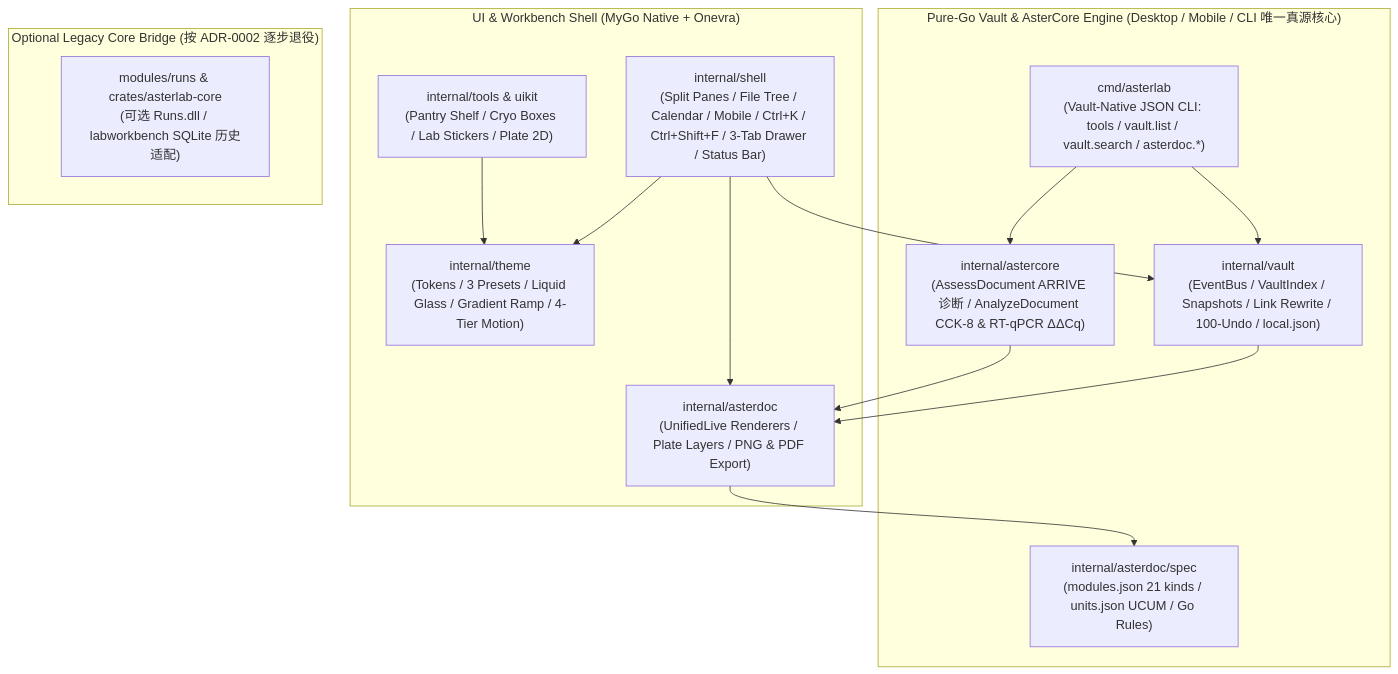
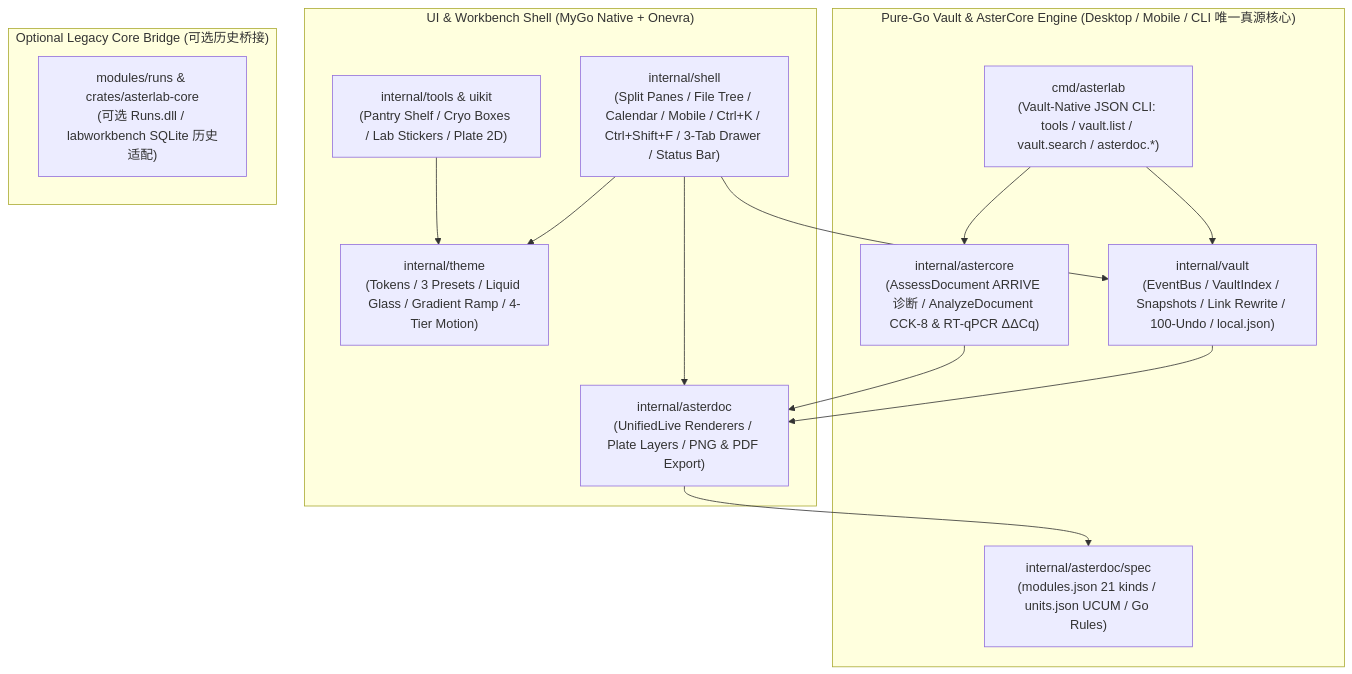
One commit to LLLin000/AsterLab changed the diagram in docs/handbook/architecture.md. Above: the diagram before and after it, drawn with Mermaid. The commit also changed other lines of this file and 8 other files, not shown here.

Commit message:
docs: fold ADR-0002 architecture naturally into Handbook sections

````diff
--- a/docs/handbook/architecture.md
+++ b/docs/handbook/architecture.md
@@ -5,30 +11,30 @@
 ```mermaid
 flowchart TB
   subgraph UI["UI & Workbench Shell (MyGo Native + Onevra)"]
     Shell["internal/shell<br/>(Split Panes / File Tree / Calendar / Mobile / Ctrl+K / Ctrl+Shift+F / 3-Tab Drawer / Status Bar)"]
     Theme["internal/theme<br/>(Tokens / 3 Presets / Liquid Glass / Gradient Ramp / 4-Tier Motion)"]
     DocUI["internal/asterdoc<br/>(UnifiedLive Renderers / Plate Layers / PNG & PDF Export)"]
     Tools["internal/tools & uikit<br/>(Pantry Shelf / Cryo Boxes / Lab Stickers / Plate 2D)"]
   end
 
   subgraph Engine["Pure-Go Vault & AsterCore Engine (Desktop / Mobile / CLI 唯一真源核心)"]
     Vault["internal/vault<br/>(EventBus / VaultIndex / Snapshots / Link Rewrite / 100-Undo / local.json)"]
     Core["internal/astercore<br/>(AssessDocument ARRIVE 诊断 / AnalyzeDocument CCK-8 & RT-qPCR ΔΔCq)"]
     CLI["cmd/asterlab<br/>(Vault-Native JSON CLI: tools / vault.list / vault.search / asterdoc.*)"]
     Spec["internal/asterdoc/spec<br/>(modules.json 21 kinds / units.json UCUM / Go Rules)"]
   end
 
-  subgraph Legacy["Optional Legacy Core Bridge (按 ADR-0002 逐步退役)"]
+  subgraph Legacy["Optional Legacy Core Bridge (可选历史桥接)"]
     Bridge["modules/runs & crates/asterlab-core<br/>(可选 Runs.dll / labworkbench SQLite 历史适配)"]
   end
 
   Shell --> Theme
   Shell --> Vault
   DocUI --> Spec
   Shell --> DocUI
   Tools --> Theme
   Vault --> DocUI
   Core --> DocUI
   CLI --> Vault
   CLI --> Core
 ```
````
